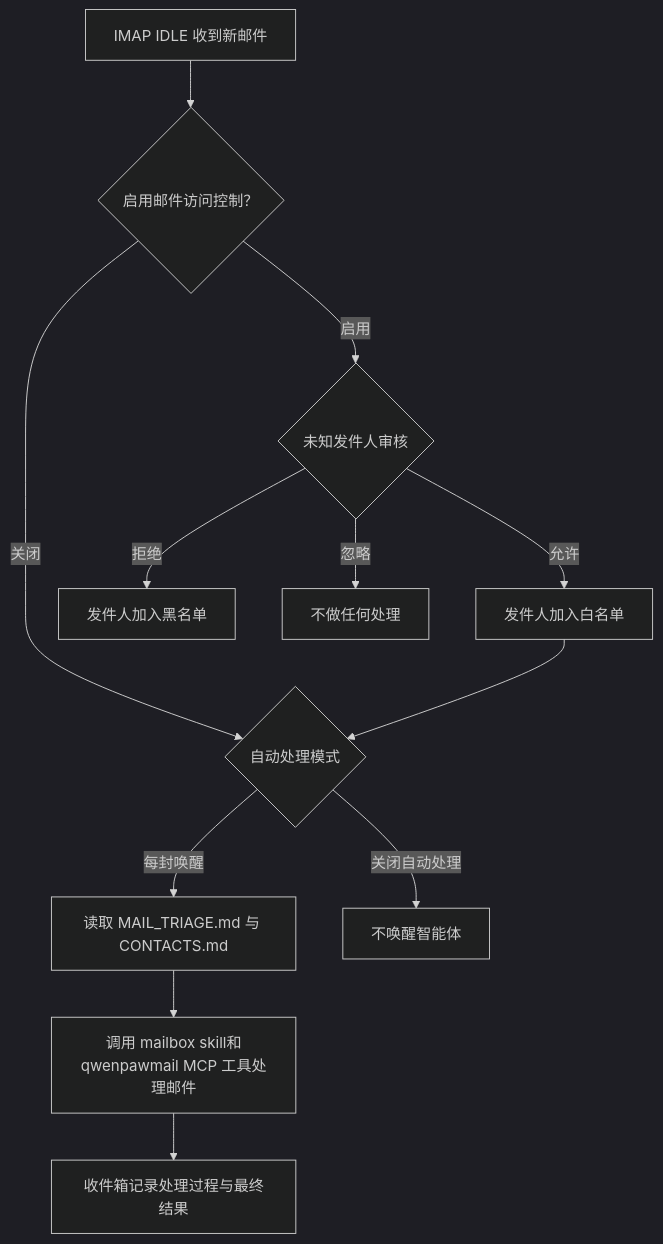
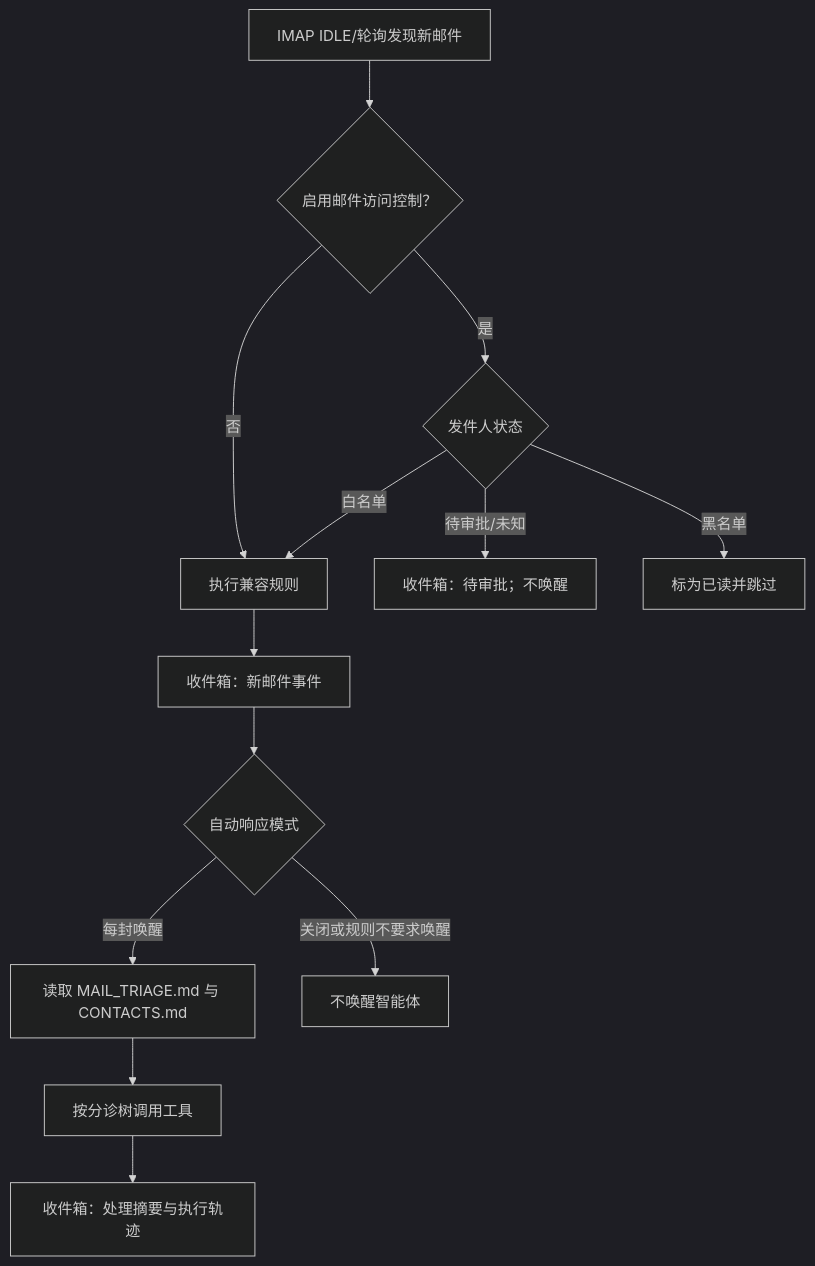
The diagram in website/public/docs/mailbox.zh.md (Luohh5/QwenPaw), drawn with Mermaid (dark theme) before and after one commit. The commit also changed other lines of this file, not shown here.

Commit message:
modify chinese mailbox document

````diff
--- a/website/public/docs/mailbox.zh.md
+++ b/website/public/docs/mailbox.zh.md
@@ -172,14 +237,15 @@
 ```mermaid
 flowchart TD
-    A["IMAP IDLE 收到新邮件"] --> B{"启用邮件访问控制？"}
-    B -->|"关闭"| I["收件箱：新邮件事件"]
-    B -->|"启用"| E{"未知发件人审核"}
-    E -->|"允许"| F["发件人加入白名单"]
-    E -->|"拒绝"| G["发件人加入黑名单"]
-    E -->|"忽略"| H["不做任何处理"]
-    F --> I{"自动处理模式"}
-    I -->|"每封唤醒"| J["读取 MAIL_TRIAGE.md 与 CONTACTS.md"]
-    I -->|"关闭自动处理"| K["不唤醒智能体"]
-    J --> L["调用 mailbox skill和qwenpawmail MCP 工具处理邮件"]
-    L --> M["收件箱记录处理过程与最终结果"]
+    A["IMAP IDLE/轮询发现新邮件"] --> B{"启用邮件访问控制？"}
+    B -->|"否"| E["执行兼容规则"]
+    B -->|"是"| C{"发件人状态"}
+    C -->|"待审批/未知"| D["收件箱：待审批；不唤醒"]
+    C -->|"黑名单"| X["标为已读并跳过"]
+    C -->|"白名单"| E
+    E --> F["收件箱：新邮件事件"]
+    F --> G{"自动响应模式"}
+    G -->|"每封唤醒"| H["读取 MAIL_TRIAGE.md 与 CONTACTS.md"]
+    G -->|"关闭或规则不要求唤醒"| Y["不唤醒智能体"]
+    H --> I["按分诊树调用工具"]
+    I --> J["收件箱：处理摘要与执行轨迹"]
 ```
````
